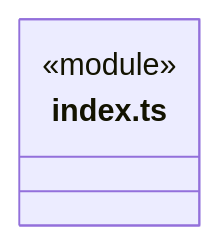
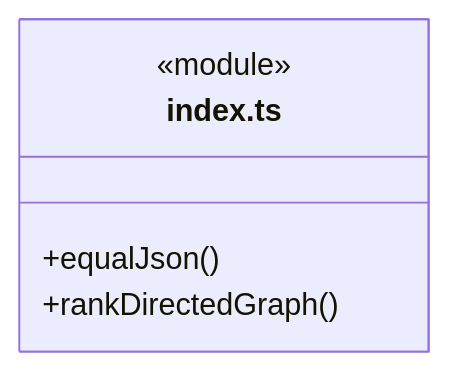
Before and after one commit to nan023062/cbim: the fifth of 9 diagrams in src/view/foundations/utility/ARCHITECTURE.md, drawn with Mermaid. The commit also changed other lines of this file and 137 other files, not shown here.

Commit message:
fix: align architecture generator with documentation standards

````diff
--- a/src/view/foundations/utility/ARCHITECTURE.md
+++ b/src/view/foundations/utility/ARCHITECTURE.md
@@ -188,6 +196,8 @@
 ```mermaid
 classDiagram
 class N_src_view_foundations_utility_index_ts["index.ts"] {
   <<module>>
+  +equalJson()
+  +rankDirectedGraph()
 }
 ```
````
